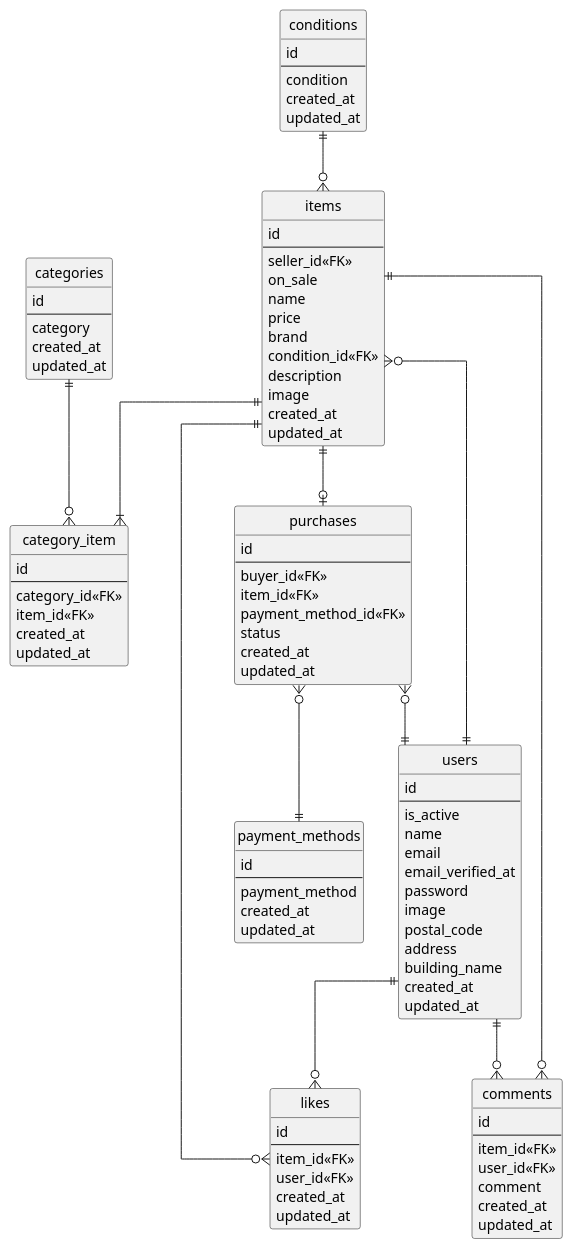
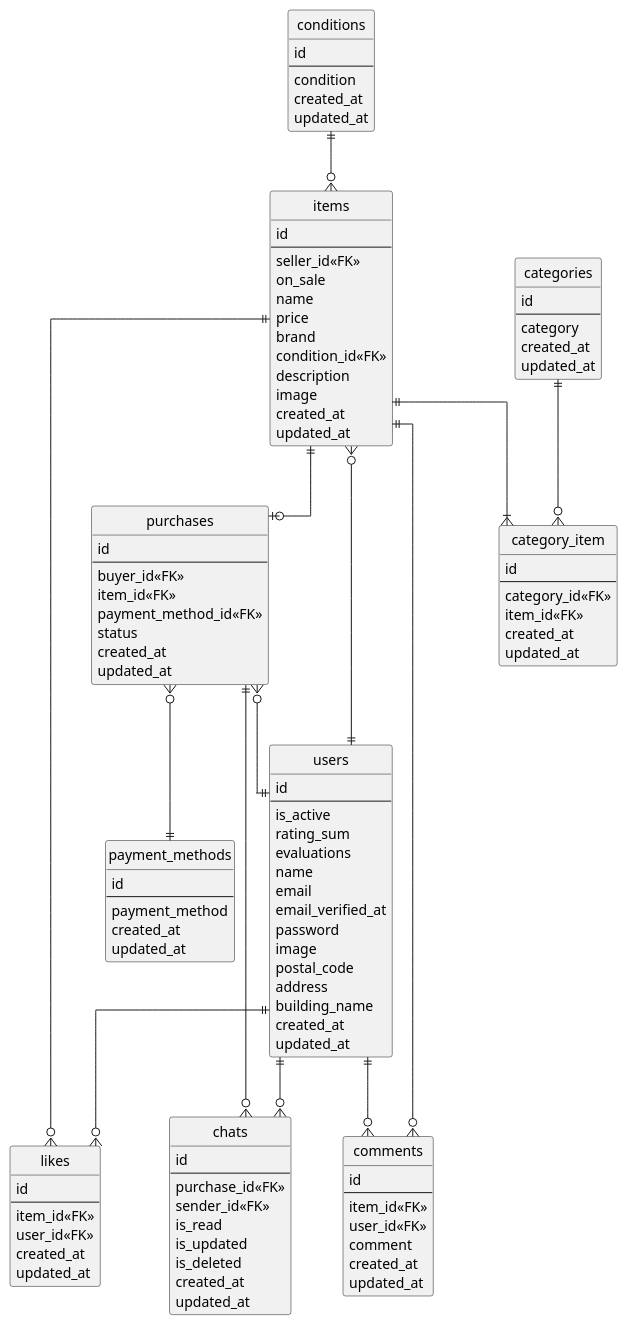
The diagram in img/carmeri.plantuml (Atsu-su/carmeri), drawn with PlantUML before and after one commit. The commit also changed 13 other files, not shown here.

```diff
--- a/img/carmeri.plantuml
+++ b/img/carmeri.plantuml
@@ -1,114 +1,130 @@
 @startuml carmeri
 ' hide the spot
 hide circle
 
 ' avoid problems with angled crows feet
 skinparam linetype ortho
 
 entity "users" as users {
   id
   --
   is_active
+  rating_sum
+  evaluations
   name
   email
   email_verified_at
   password
   image
   postal_code
   address
   building_name
   created_at
   updated_at
 }
 
 entity "categories" as categories {
   id
   --
   category
   created_at
   updated_at
 }
 
 entity "category_item" as category_item {
   id
   --
   category_id<<FK>>
   item_id<<FK>>
   created_at
   updated_at
 }
 
 entity "conditions" as conditions {
   id
   --
   condition
   created_at
   updated_at
 }
 
 entity "items" as items {
   id
   --
   seller_id<<FK>>
   on_sale
   name
   price
   brand
   condition_id<<FK>>
   description
   image
   created_at
   updated_at
 }
 
 entity "payment_methods" as payment_methods {
   id
   --
   payment_method
   created_at
   updated_at
 }
 
 entity "purchases" as purchases {
   id
   --
   buyer_id<<FK>>
   item_id<<FK>>
   payment_method_id<<FK>>
   status
   created_at
   updated_at
 }
 
 entity "likes" as likes {
   id
   --
   item_id<<FK>>
   user_id<<FK>>
   created_at
   updated_at
 }
 
 entity "comments" as comments {
   id
   --
   item_id<<FK>>
   user_id<<FK>>
   comment
   created_at
   updated_at
 }
 
+entity "chats" as chats {
+  id
+  --
+  purchase_id<<FK>>
+  sender_id<<FK>>
+  is_read
+  is_updated
+  is_deleted
+  created_at
+  updated_at
+}
+
+users ||--o{ chats
+purchases ||--o{ chats
 categories ||--o{ category_item
 conditions ||--o{ items
 items ||--|{ category_item
 items ||--o{ likes
 items ||--o| purchases
 items ||--o{ comments
 items }o--|| users
 purchases }o--|| users
 users ||--o{ likes
 users ||--o{ comments
 purchases }o--|| payment_methods
 
 @enduml
```
